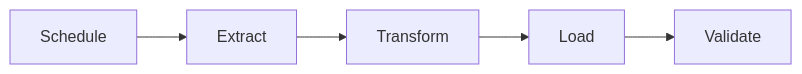
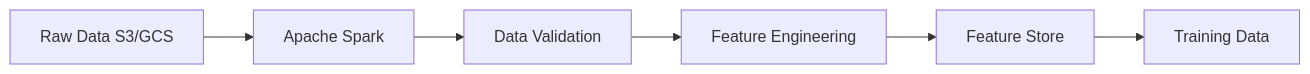
Before and after one commit to vanos001/placement_prep: the second of 3 diagrams in src/ml/system-design/data-pipeline.md, drawn with Mermaid. The commit also changed other lines of this file and 13 other files, not shown here.

````diff
--- a/src/ml/system-design/data-pipeline.md
+++ b/src/ml/system-design/data-pipeline.md
@@ -63,7 +24,8 @@
 ```mermaid
 graph LR
-    S[Schedule] --> E[Extract]
-    E --> T[Transform]
-    T --> L[Load]
-    L --> V[Validate]
+    A[Raw Data S3/GCS] --> B[Apache Spark]
+    B --> C[Data Validation]
+    C --> D[Feature Engineering]
+    D --> E[Feature Store]
+    E --> F[Training Data]
 ```
````
